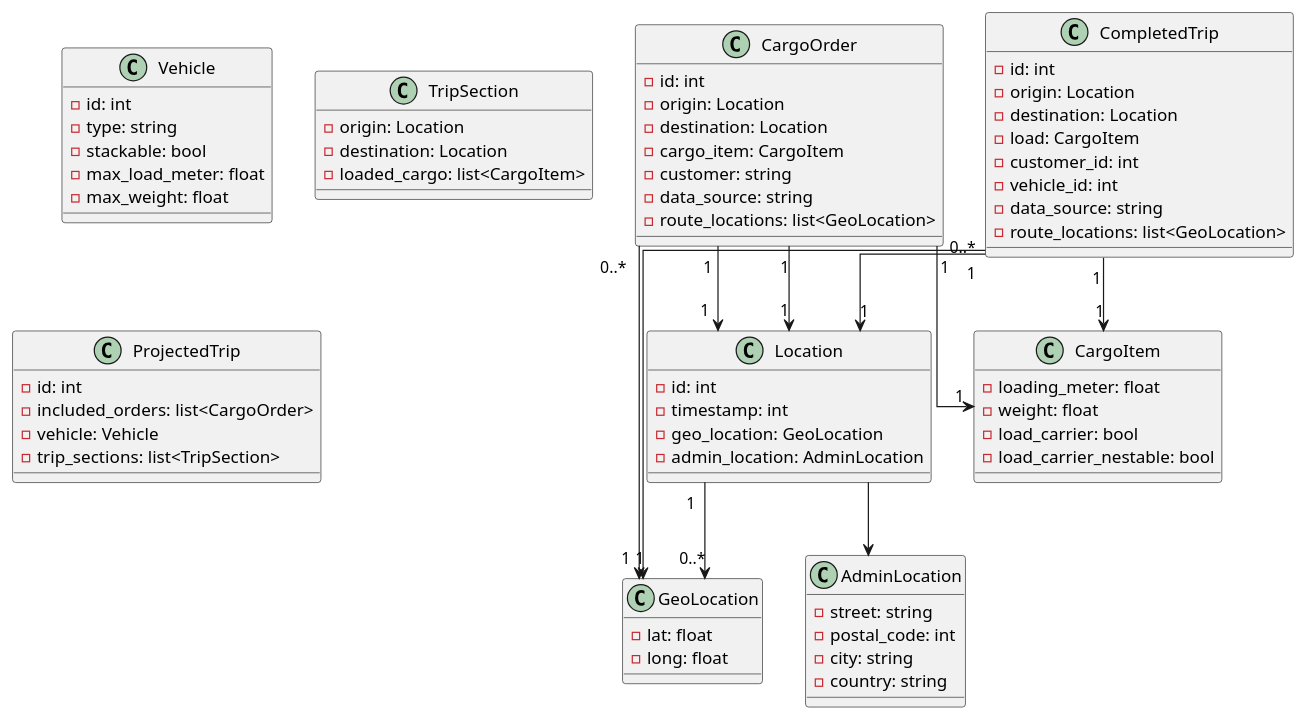
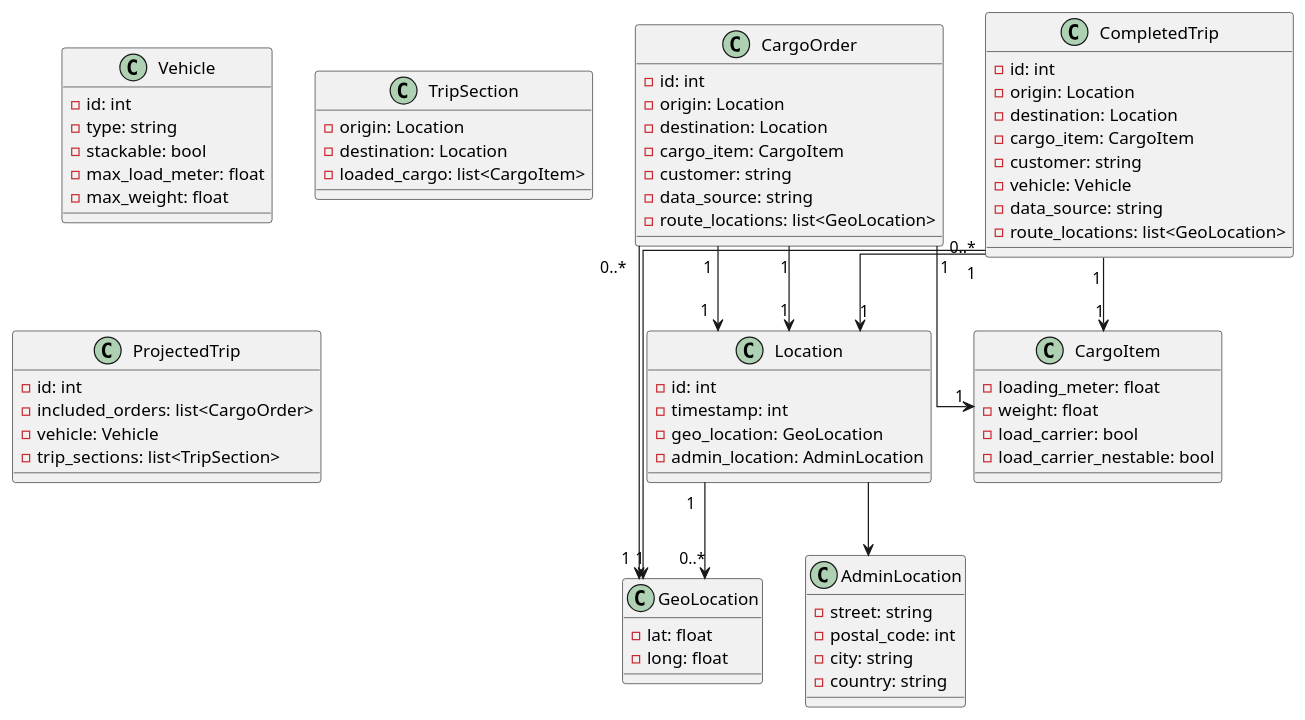
The diagram in docs/cp-analyzer_classes.puml (sbublie/cargo-pilot), drawn with PlantUML before and after one commit. The commit also changed 9 other files, not shown here.

Commit message:
CPS-39 Adapt trip endpoint to new data model

```diff
--- a/docs/cp-analyzer_classes.puml
+++ b/docs/cp-analyzer_classes.puml
@@ -1,85 +1,87 @@
 @startuml
 
 skinparam linetype polyline
 skinparam linetype ortho
 
 class GeoLocation {
     - lat: float
     - long: float
 }
 
 class Location {
     - id: int
     - timestamp: int
     - geo_location: GeoLocation
     - admin_location: AdminLocation
 }
 
 class AdminLocation {
     - street: string
     - postal_code: int
     - city: string
     - country: string
 }
 
 class CargoItem {
     - loading_meter: float
     - weight: float
     - load_carrier: bool
     - load_carrier_nestable: bool
 }
 
 class CargoOrder {
     - id: int
     - origin: Location
     - destination: Location
     - cargo_item: CargoItem
     - customer: string
     - data_source: string
     - route_locations: list<GeoLocation>
 }
 
-class CompletedTrip {
-    - id: int
-    - origin: Location
-    - destination: Location
-    - load: CargoItem
-    - customer_id: int
-    - vehicle_id: int
-    - data_source: string
-    - route_locations: list<GeoLocation>
-}
-
 class Vehicle {
     - id: int
     - type: string
     - stackable: bool
     - max_load_meter: float
     - max_weight: float
 }
+
+class CompletedTrip {
+    - id: int
+    - origin: Location
+    - destination: Location
+    - cargo_item: CargoItem
+    - customer: string
+    - vehicle: Vehicle
+    - data_source: string
+    - route_locations: list<GeoLocation>
+}
+
+
 
 class TripSection {
     - origin: Location
     - destination: Location
     - loaded_cargo: list<CargoItem>
 }
 
 class ProjectedTrip {
     - id: int
     - included_orders: list<CargoOrder>
     - vehicle: Vehicle
     - trip_sections: list<TripSection>
 }
 
 Location "1" --> "0..*" GeoLocation 
 Location --> AdminLocation 
 CargoOrder "1" --> "1" Location 
 CargoOrder "1" --> "1" Location 
 CargoOrder "1" --> "1" CargoItem 
 CargoOrder "0..*" --> "1" GeoLocation 
 CompletedTrip "1" --> "1" Location 
 CompletedTrip "1" --> "1" CargoItem 
 CompletedTrip "0..*" --> "1" GeoLocation 
 
 
 @enduml
```
